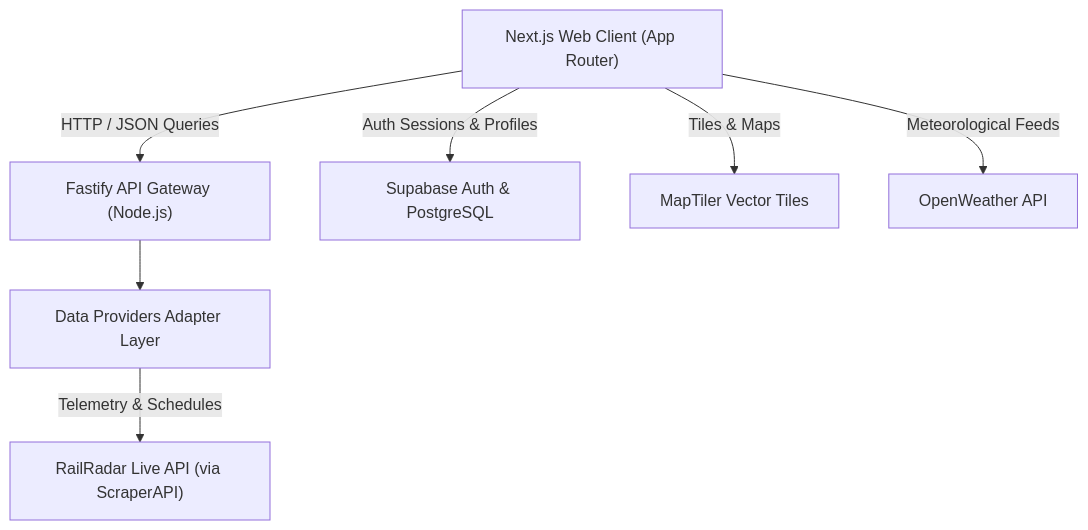
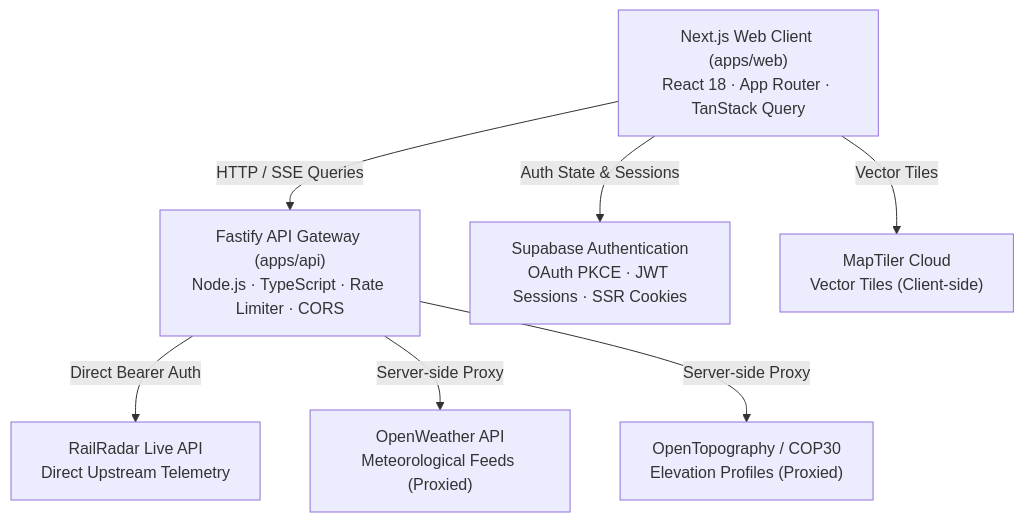
Before and after one commit to Sujalkan07/Exprest: the diagram in README.md, drawn with Mermaid. The commit also changed other lines of this file and 17 other files, not shown here.

Commit message:
chore: clean repository, remove ScraperAPI, and finalize production readiness

````diff
--- a/README.md
+++ b/README.md
@@ -51,17 +56,17 @@
 ```mermaid
 graph TD
-    Client["Next.js Web Client (App Router)"]
-    API["Fastify API Gateway (Node.js)"]
-    Providers["Data Providers Adapter Layer"]
-    Supabase["Supabase Auth & PostgreSQL"]
-    RailRadar["RailRadar Live API (via ScraperAPI)"]
-    MapTiler["MapTiler Vector Tiles"]
-    OpenWeather["OpenWeather API"]
+    Client["Next.js Web Client (apps/web)<br/>React 18 · App Router · TanStack Query"]
+    Gateway["Fastify API Gateway (apps/api)<br/>Node.js · TypeScript · Rate Limiter · CORS"]
+    Auth["Supabase Authentication<br/>OAuth PKCE · JWT Sessions · SSR Cookies"]
+    RailRadar["RailRadar Live API<br/>Direct Upstream Telemetry"]
+    MapTiler["MapTiler Cloud<br/>Vector Tiles (Client-side)"]
+    Weather["OpenWeather API<br/>Meteorological Feeds (Proxied)"]
+    Terrain["OpenTopography / COP30<br/>Elevation Profiles (Proxied)"]
 
-    Client -->|HTTP / JSON Queries| API
-    Client -->|Auth Sessions & Profiles| Supabase
-    API --> Providers
-    Providers -->|Telemetry & Schedules| RailRadar
-    Client -->|Tiles & Maps| MapTiler
-    Client -->|Meteorological Feeds| OpenWeather
+    Client -->|HTTP / SSE Queries| Gateway
+    Client -->|Auth State & Sessions| Auth
+    Client -->|Vector Tiles| MapTiler
+    Gateway -->|Direct Bearer Auth| RailRadar
+    Gateway -->|Server-side Proxy| Weather
+    Gateway -->|Server-side Proxy| Terrain
 ```
````
